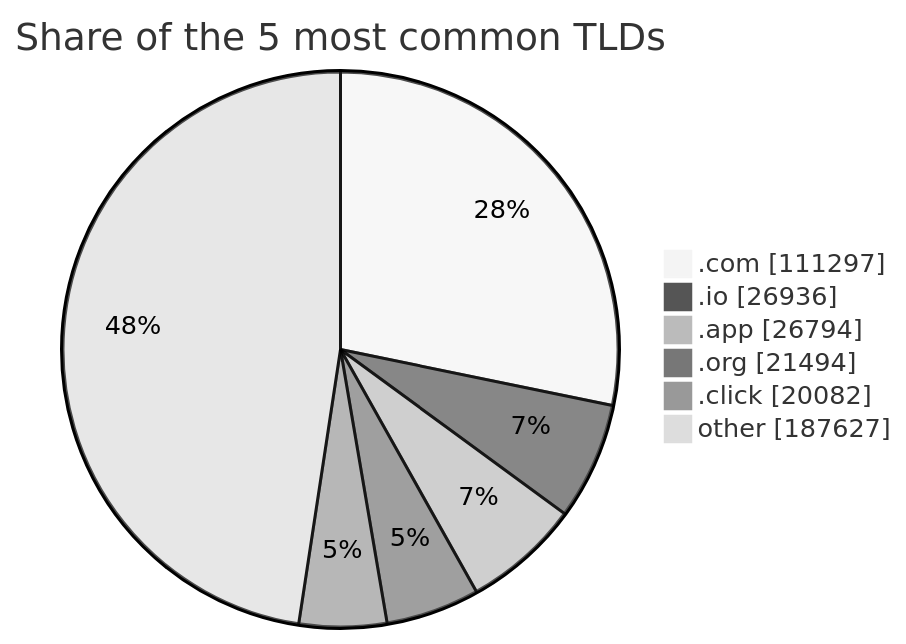
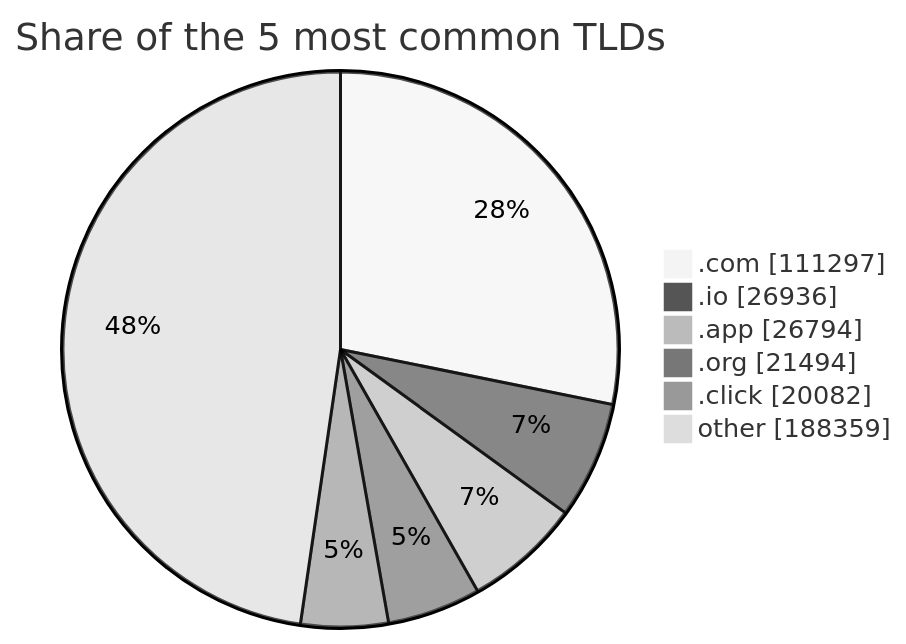
Before and after one commit to DNSBunker/CTI: the third of 3 diagrams in README.md, drawn with Mermaid (neutral theme). The commit also changed other lines of this file and 3 other files, not shown here.

````diff
--- a/README.md
+++ b/README.md
@@ -81,9 +81,9 @@
 ```mermaid
 pie showData title Share of the 5 most common TLDs
     ".com" : 111297
     ".io" : 26936
     ".app" : 26794
     ".org" : 21494
     ".click" : 20082
-    "other" : 187627
+    "other" : 188359
 ```
````
